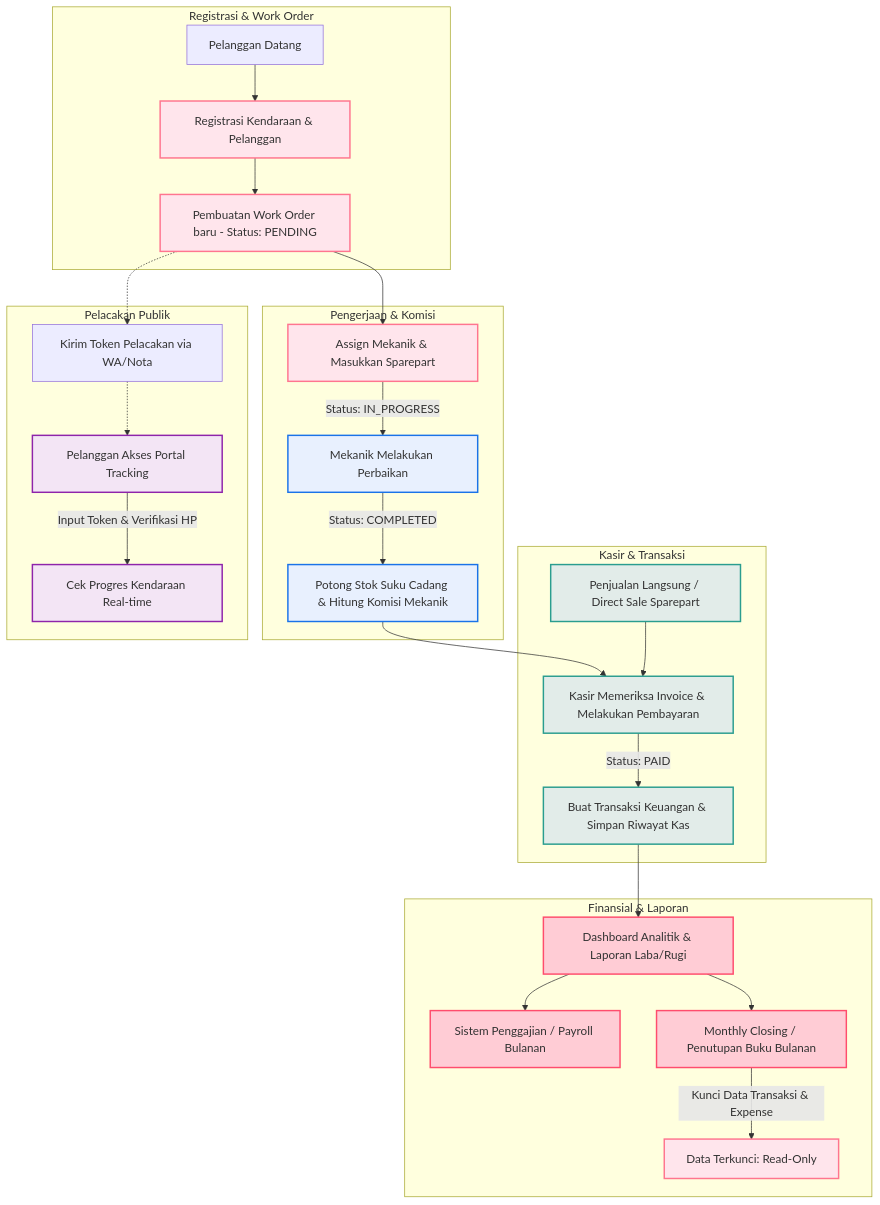
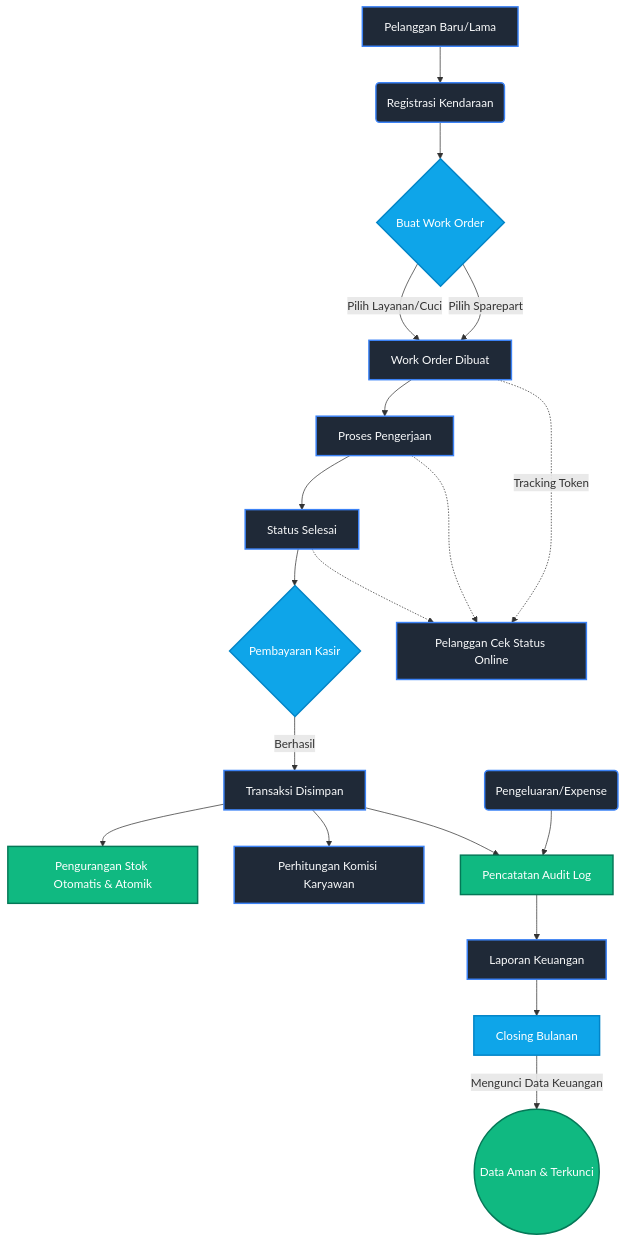
One commit to fairuzjs/workshop-management-system changed the diagram in README.md. Above: the diagram before and after it, drawn with Mermaid. The commit also changed other lines of this file and 52 other files, not shown here.

First line of the commit message:
feat: enhance work orders, inventory, and payroll commissions

````diff
--- a/README.md
+++ b/README.md
@@ -34,40 +29,37 @@
 ```mermaid
-flowchart TD
-    %% Style Definitions
-    classDef superadmin fill:#ffccd5,stroke:#ff4d6d,stroke-width:2px;
-    classDef admin fill:#ffe5ec,stroke:#ff758f,stroke-width:2px;
-    classDef cashier fill:#e2ece9,stroke:#2a9d8f,stroke-width:2px;
-    classDef mechanic fill:#e8f0fe,stroke:#1a73e8,stroke-width:2px;
-    classDef portal fill:#f3e5f5,stroke:#8e24aa,stroke-width:2px;
-
-    %% Nodes & Flow
-    subgraph Registrasi & Work Order
-        A[Pelanggan Datang] --> B[Registrasi Kendaraan & Pelanggan]:::admin
-        B --> C[Pembuatan Work Order baru - Status: PENDING]:::admin
-    end
-
-    subgraph Pengerjaan & Komisi
-        C --> D[Assign Mekanik & Masukkan Sparepart]:::admin
-        D -->|Status: IN_PROGRESS| E[Mekanik Melakukan Perbaikan]:::mechanic
-        E -->|Status: COMPLETED| F[Potong Stok Suku Cadang & Hitung Komisi Mekanik]:::mechanic
-    end
-
-    subgraph Kasir & Transaksi
-        F --> G[Kasir Memeriksa Invoice & Melakukan Pembayaran]:::cashier
-        H[Penjualan Langsung / Direct Sale Sparepart]:::cashier --> G
-        G -->|Status: PAID| I[Buat Transaksi Keuangan & Simpan Riwayat Kas]:::cashier
-    end
-
-    subgraph Pelacakan Publik
-        C -.-> P[Kirim Token Pelacakan via WA/Nota]
-        P -.-> Q[Pelanggan Akses Portal Tracking]:::portal
-        Q -->|Input Token & Verifikasi HP| R[Cek Progres Kendaraan Real-time]:::portal
-    end
-
-    subgraph Finansial & Laporan
-        I --> S[Dashboard Analitik & Laporan Laba/Rugi]:::superadmin
-        S --> T[Sistem Penggajian / Payroll Bulanan]:::superadmin
-        S --> U[Monthly Closing / Penutupan Buku Bulanan]:::superadmin
-        U -->|Kunci Data Transaksi & Expense| V[Data Terkunci: Read-Only]:::admin
-    end
+graph TD
+    %% Entitas Utama
+    A[Pelanggan Baru/Lama] --> B(Registrasi Kendaraan)
+    B --> C{Buat Work Order}
+    
+    %% Alur Work Order
+    C -->|Pilih Layanan/Cuci| D[Work Order Dibuat]
+    C -->|Pilih Sparepart| D
+    D --> E[Proses Pengerjaan]
+    E --> F[Status Selesai]
+    
+    %% Alur Transaksi & Inventory
+    F --> G{Pembayaran Kasir}
+    G -->|Berhasil| H[Transaksi Disimpan]
+    H --> I[Pengurangan Stok Otomatis & Atomik]
+    H --> J[Perhitungan Komisi Karyawan]
+    
+    %% Public Tracking
+    D -.->|Tracking Token| K[Pelanggan Cek Status Online]
+    E -.-> K
+    F -.-> K
+    
+    %% Audit & Financials
+    H --> L[Pencatatan Audit Log]
+    M(Pengeluaran/Expense) --> L
+    L --> N[Laporan Keuangan]
+    N --> O[Closing Bulanan]
+    O -->|Mengunci Data Keuangan| P((Data Aman & Terkunci))
+    
+    classDef default fill:#1f2937,stroke:#3b82f6,stroke-width:2px,color:#f9fafb;
+    classDef action fill:#0ea5e9,stroke:#0284c7,color:#fff;
+    classDef secure fill:#10b981,stroke:#047857,color:#fff;
+    
+    class C,G,O action;
+    class I,L,P secure;
 ```
````
